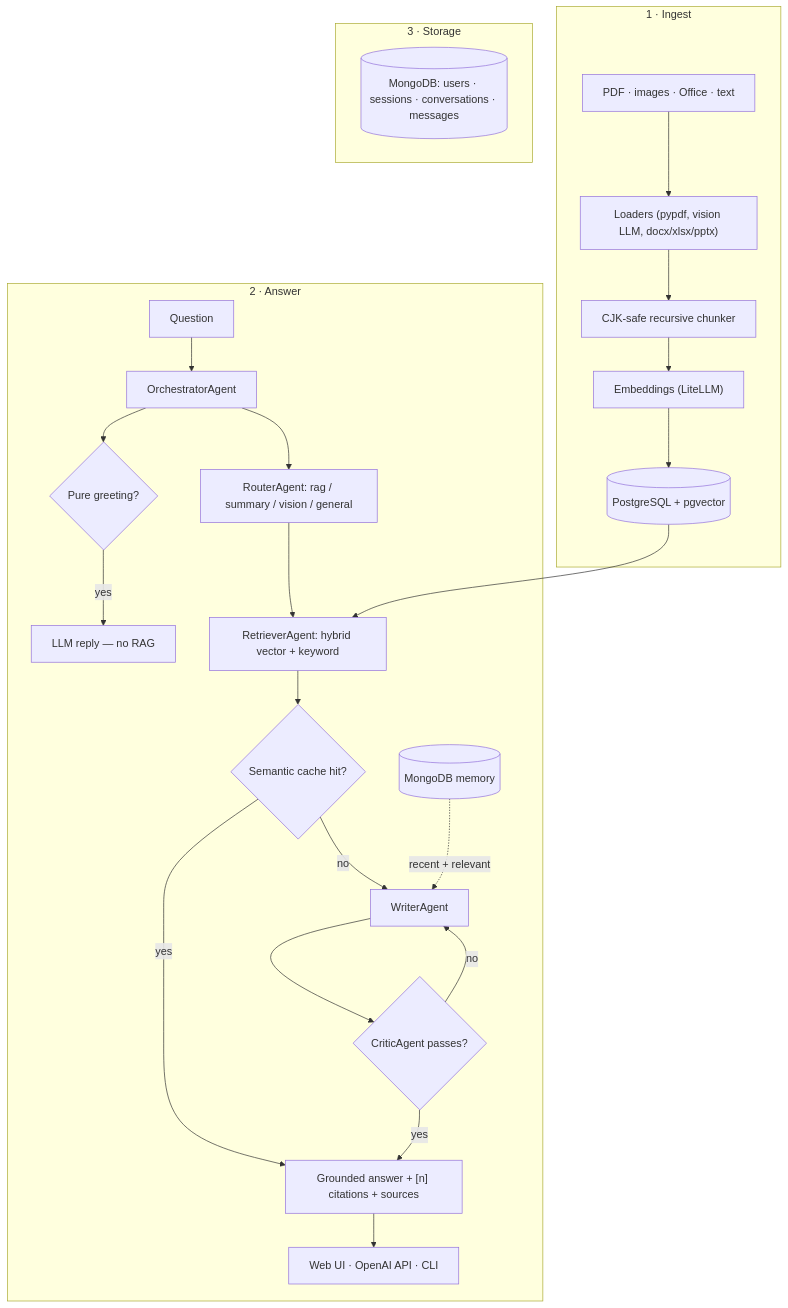
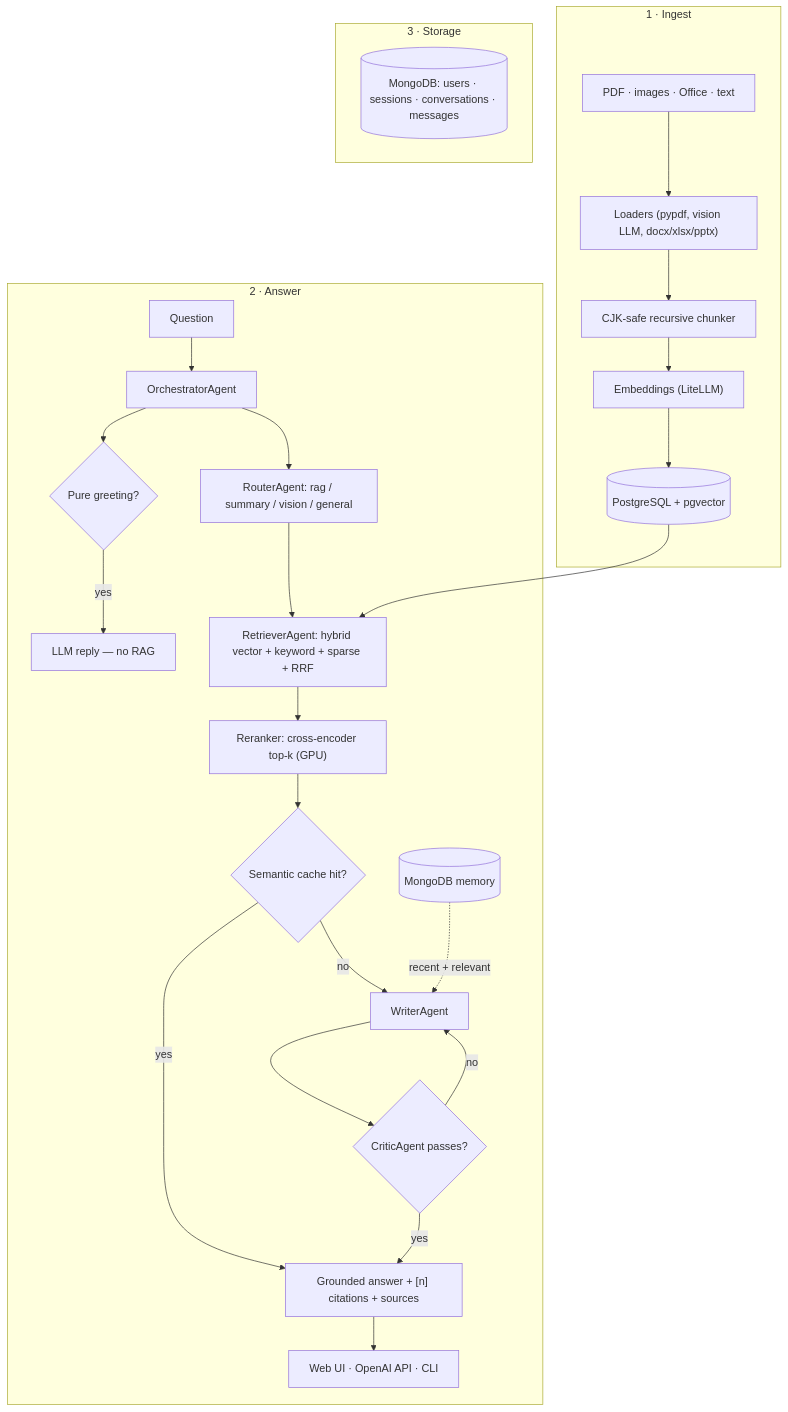
Before and after one commit to ranganadh8599/Agentic_RAG: the diagram in README.md, drawn with Mermaid. The commit also changed other lines of this file and 18 other files, not shown here.

````diff
--- a/README.md
+++ b/README.md
@@ -12,29 +12,30 @@
 ```mermaid
 flowchart TB
     subgraph INGEST["1 · Ingest"]
         F["PDF · images · Office · text"] --> L["Loaders (pypdf, vision LLM, docx/xlsx/pptx)"]
         L --> CH["CJK-safe recursive chunker"]
         CH --> EM["Embeddings (LiteLLM)"]
         EM --> PG[("PostgreSQL + pgvector")]
     end
     subgraph ANSWER["2 · Answer"]
         Q["Question"] --> OR["OrchestratorAgent"]
         OR --> GR{"Pure greeting?"}
         GR -- yes --> LLMG["LLM reply — no RAG"]
         OR --> RT["RouterAgent: rag / summary / vision / general"]
-        RT --> RE["RetrieverAgent: hybrid vector + keyword"]
+        RT --> RE["RetrieverAgent: hybrid vector + keyword + sparse + RRF"]
         PG --> RE
-        RE --> CA{"Semantic cache hit?"}
+        RE --> RR["Reranker: cross-encoder top-k (GPU)"]
+        RR --> CA{"Semantic cache hit?"}
         CA -- yes --> OUT["Grounded answer + [n] citations + sources"]
         CA -- no --> WR["WriterAgent"]
         MEM[("MongoDB memory")] -. "recent + relevant" .-> WR
         WR --> CR{"CriticAgent passes?"}
         CR -- no --> WR
         CR -- yes --> OUT
         OUT --> UI["Web UI · OpenAI API · CLI"]
     end
     subgraph STORE["3 · Storage"]
         PG
         MON[("MongoDB: users · sessions · conversations · messages")]
     end
 ```
````
